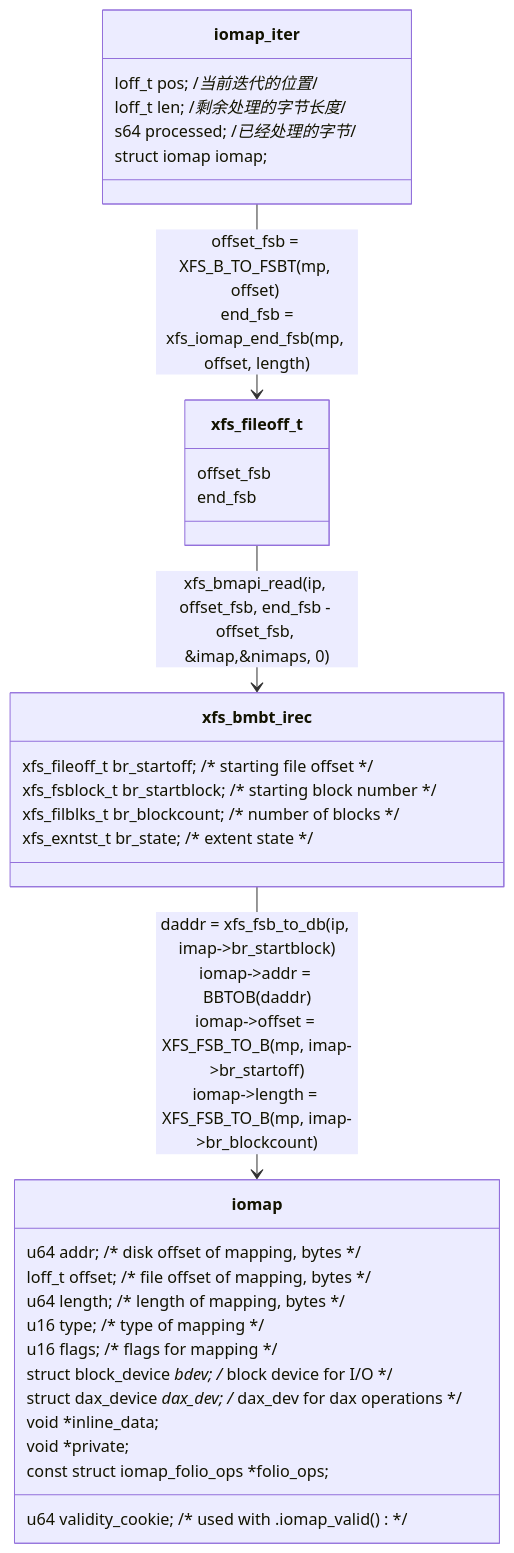
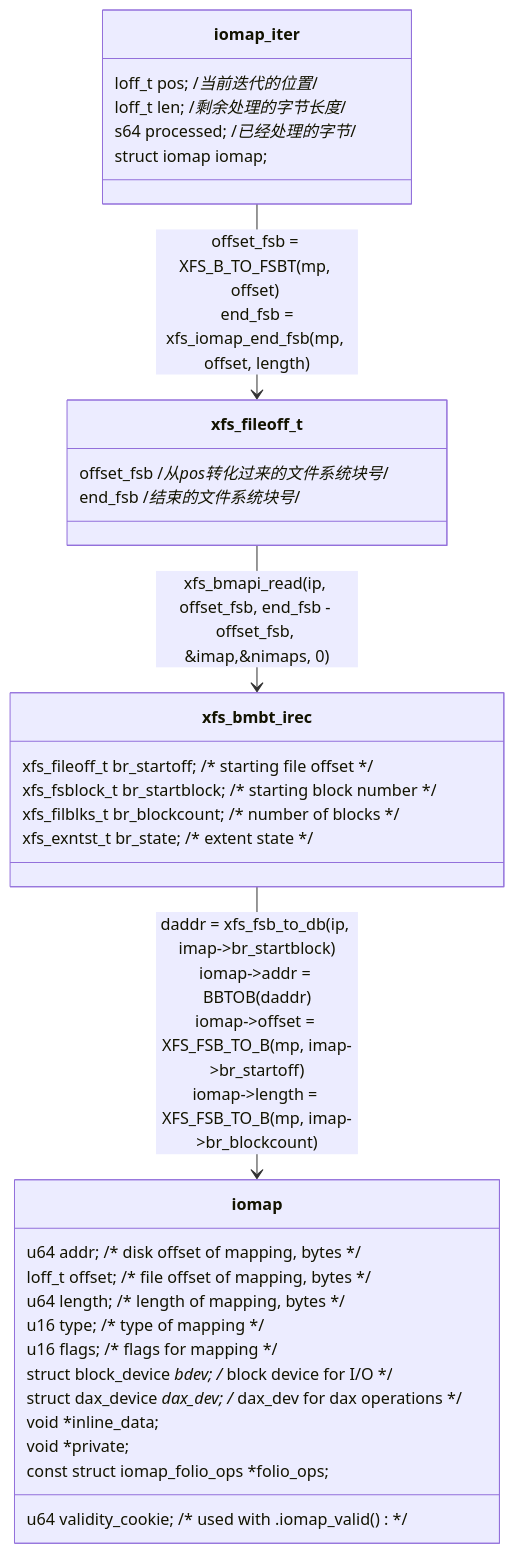
Before and after one commit to sigmanature/learn_os_note: the second of 2 diagrams in 6.13.1内核文档注释/fs/iomap/buffered_io.c/README.md, drawn with Mermaid.

````diff
--- a/6.13.1内核文档注释/fs/iomap/buffered_io.c/README.md
+++ b/6.13.1内核文档注释/fs/iomap/buffered_io.c/README.md
@@ -44,35 +44,35 @@
 ```mermaid
 classDiagram
     class A["iomap_iter"] {
         loff_t pos; /*当前迭代的位置*/
         loff_t len; /*剩余处理的字节长度*/
         s64 processed; /*已经处理的字节*/
         struct iomap iomap;
     }
     class B["xfs_fileoff_t"]{
-    offset_fsb
-    end_fsb
+    offset_fsb /*从pos转化过来的文件系统块号*/
+    end_fsb /*结束的文件系统块号*/
     }
     class C["xfs_bmbt_irec"]{
 	xfs_fileoff_t	br_startoff;	/* starting file offset */
 	xfs_fsblock_t	br_startblock;	/* starting block number */
 	xfs_filblks_t	br_blockcount;	/* number of blocks */
 	xfs_exntst_t	br_state;	/* extent state */
     } 
     class D["iomap"] {
 	u64			addr; /* disk offset of mapping, bytes */
 	loff_t			offset;	/* file offset of mapping, bytes */
 	u64			length;	/* length of mapping, bytes */
 	u16			type;	/* type of mapping */
 	u16			flags;	/* flags for mapping */
 	struct block_device	*bdev;	/* block device for I/O */
 	struct dax_device	*dax_dev; /* dax_dev for dax operations */
 	void			*inline_data;
 	void			*private; 
 	const struct iomap_folio_ops *folio_ops;
 	u64			validity_cookie; /* used with .iomap_valid() */
 }
     A --> B : offset_fsb = XFS_B_TO_FSBT(mp, offset) <br> end_fsb = xfs_iomap_end_fsb(mp, offset, length)
     B --> C :xfs_bmapi_read(ip, offset_fsb, end_fsb - offset_fsb, &imap,&nimaps, 0)
     C --> D :daddr = xfs_fsb_to_db(ip, imap->br_startblock)<br>iomap->addr = BBTOB(daddr)<br>iomap->offset = XFS_FSB_TO_B(mp, imap->br_startoff)<br>iomap->length = XFS_FSB_TO_B(mp, imap->br_blockcount)
 ```
````
